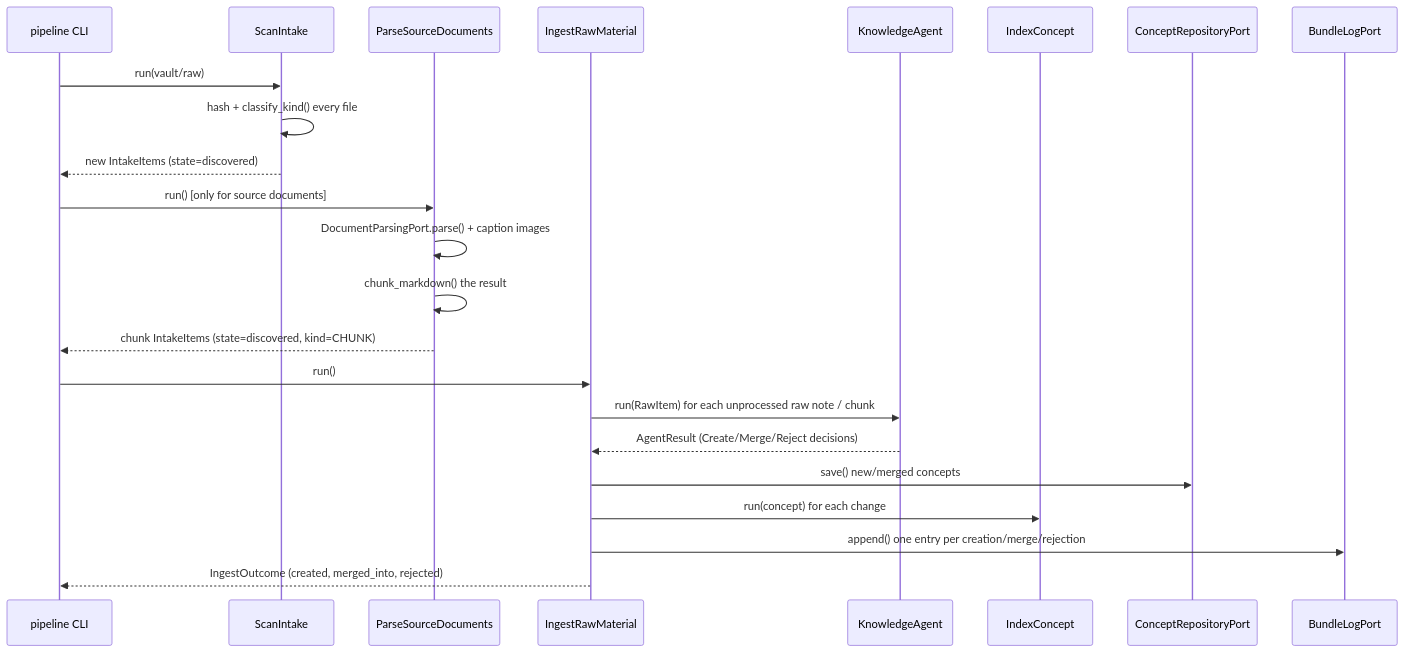
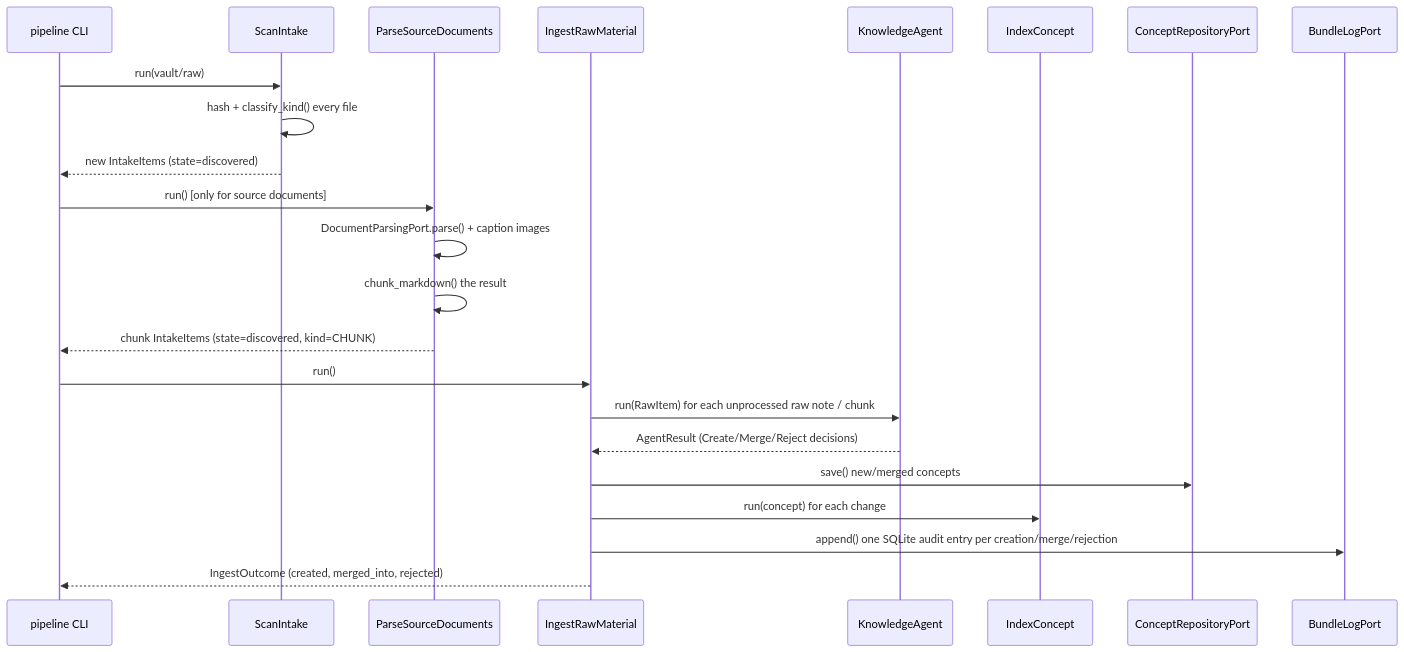
The first of 3 diagrams in pipeline/docs/architecture/data-flow.md (Wedeueis/ai-tutor), drawn with Mermaid before and after one commit. The commit also changed other lines of this file and 27 other files, not shown here.

````diff
--- a/pipeline/docs/architecture/data-flow.md
+++ b/pipeline/docs/architecture/data-flow.md
@@ -11,28 +11,28 @@
 ```mermaid
 sequenceDiagram
     participant CLI as pipeline CLI
     participant Scan as ScanIntake
     participant Parse as ParseSourceDocuments
     participant Ingest as IngestRawMaterial
     participant Agent as KnowledgeAgent
     participant Index as IndexConcept
     participant Vault as ConceptRepositoryPort
     participant Log as BundleLogPort
 
     CLI->>Scan: run(vault/raw)
     Scan->>Scan: hash + classify_kind() every file
     Scan-->>CLI: new IntakeItems (state=discovered)
 
     CLI->>Parse: run() [only for source documents]
     Parse->>Parse: DocumentParsingPort.parse() + caption images
     Parse->>Parse: chunk_markdown() the result
     Parse-->>CLI: chunk IntakeItems (state=discovered, kind=CHUNK)
 
     CLI->>Ingest: run()
     Ingest->>Agent: run(RawItem) for each unprocessed raw note / chunk
     Agent-->>Ingest: AgentResult (Create/Merge/Reject decisions)
     Ingest->>Vault: save() new/merged concepts
     Ingest->>Index: run(concept) for each change
-    Ingest->>Log: append() one entry per creation/merge/rejection
+    Ingest->>Log: append() one SQLite audit entry per creation/merge/rejection
     Ingest-->>CLI: IngestOutcome (created, merged_into, rejected)
 ```
````
